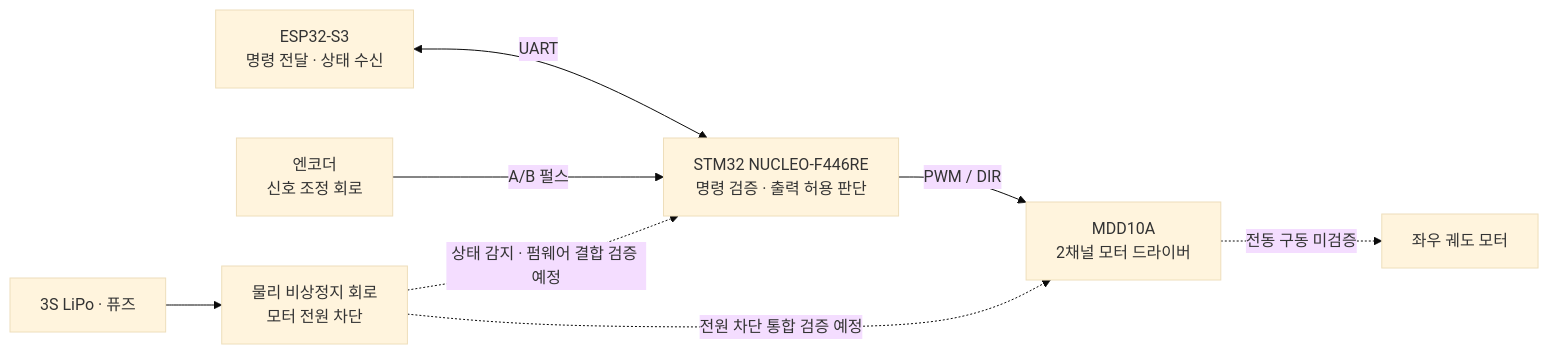
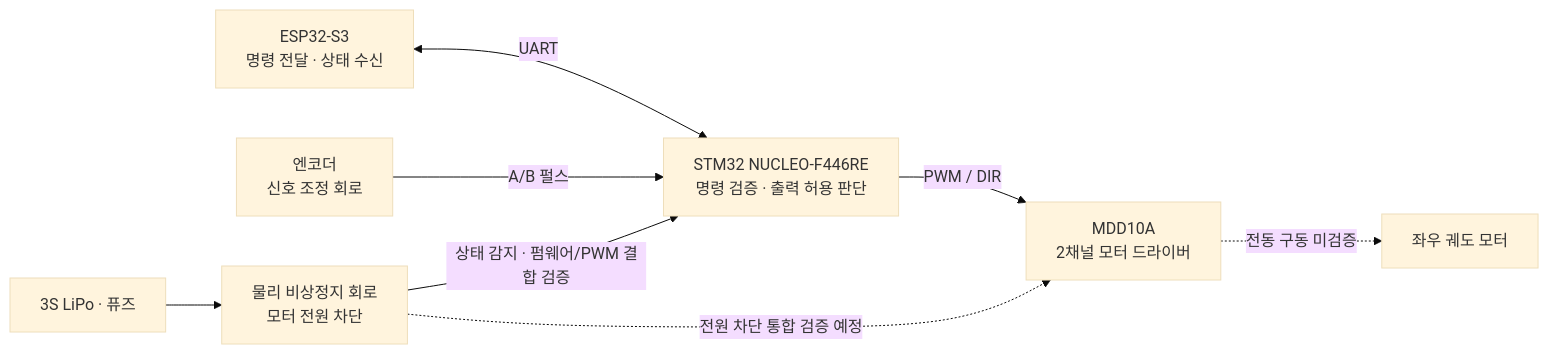
Before and after one commit to pr0ved99/TIL: the diagram in Projects/Tracked_Mobile_Robot/README.md, drawn with Mermaid (base theme). The commit also changed other lines of this file and 27 other files, not shown here.

````diff
--- a/Projects/Tracked_Mobile_Robot/README.md
+++ b/Projects/Tracked_Mobile_Robot/README.md
@@ -39,10 +39,10 @@
 ```mermaid
 flowchart LR
     ESP["ESP32-S3<br/>명령 전달 · 상태 수신"] <-->|UART| STM["STM32 NUCLEO-F446RE<br/>명령 검증 · 출력 허용 판단"]
     STM -->|PWM / DIR| DRIVER["MDD10A<br/>2채널 모터 드라이버"]
     DRIVER -.->|전동 구동 미검증| MOTOR["좌우 궤도 모터"]
     ENC["엔코더<br/>신호 조정 회로"] -->|A/B 펄스| STM
     BAT["3S LiPo · 퓨즈"] --> STOP["물리 비상정지 회로<br/>모터 전원 차단"]
     STOP -.->|전원 차단 통합 검증 예정| DRIVER
-    STOP -.->|상태 감지 · 펌웨어 결합 검증 예정| STM
+    STOP -->|상태 감지 · 펌웨어/PWM 결합 검증| STM
 ```
````
